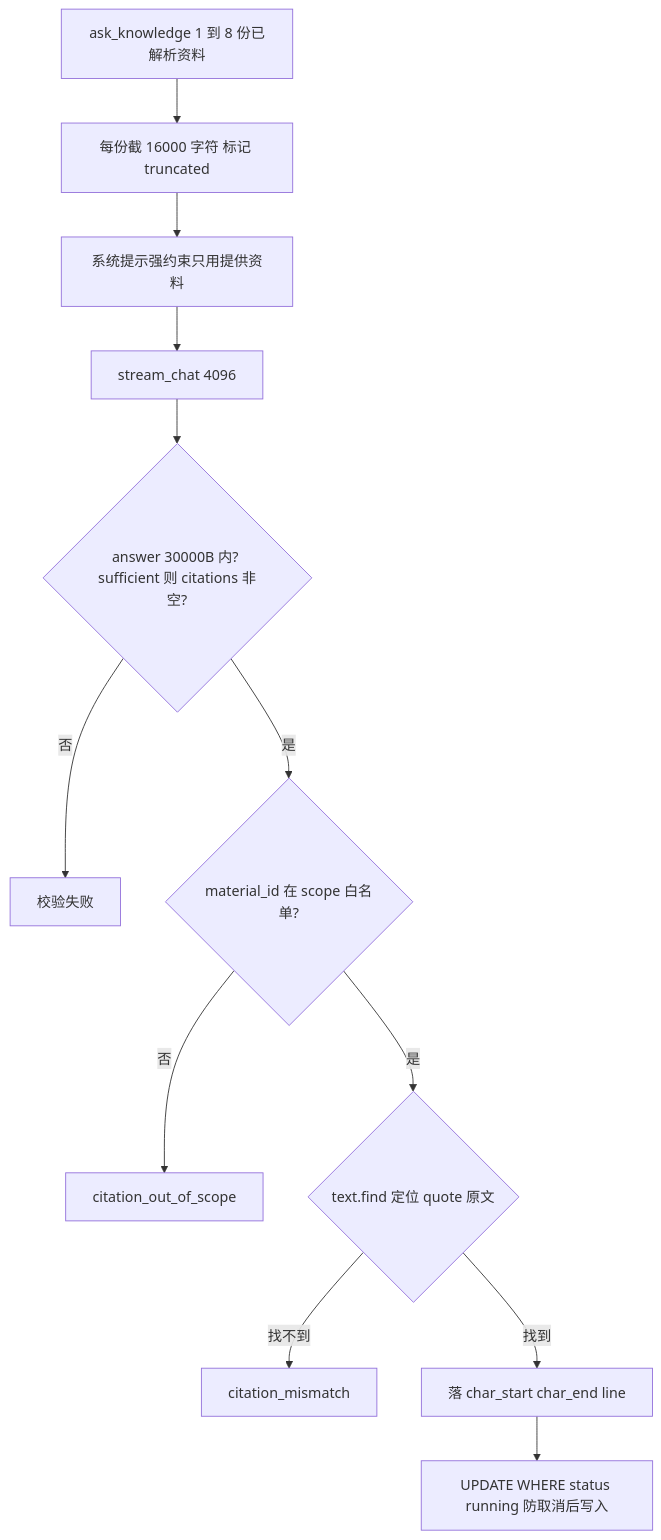
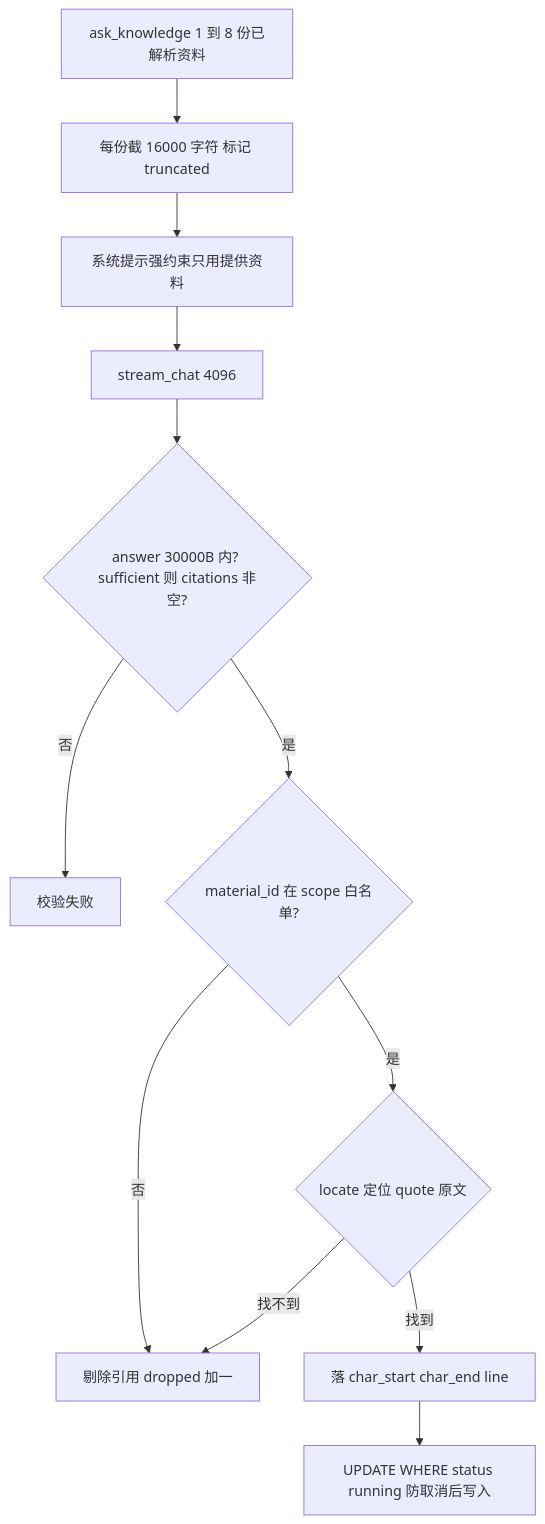
Before and after one commit to hershate/Deep-tutor: the eighth of 11 diagrams in docs/architecture/03-workflow.md, drawn with Mermaid. The commit also changed other lines of this file and 6 other files, not shown here.

````diff
--- a/docs/architecture/03-workflow.md
+++ b/docs/architecture/03-workflow.md
@@ -162,14 +163,14 @@
 ```mermaid
 flowchart TD
     A[ask_knowledge 1 到 8 份已解析资料] --> B[每份截 16000 字符 标记 truncated]
     B --> C[系统提示强约束只用提供资料]
     C --> D[stream_chat 4096]
     D --> E{answer 30000B 内? sufficient 则 citations 非空?}
     E -->|否| F[校验失败]
     E -->|是| G{material_id 在 scope 白名单?}
-    G -->|否| H[citation_out_of_scope]
-    G -->|是| I{text.find 定位 quote 原文}
-    I -->|找不到| J[citation_mismatch]
+    G -->|否| H2[剔除引用 dropped 加一]
+    G -->|是| I{locate 定位 quote 原文}
+    I -->|找不到| H2
     I -->|找到| K[落 char_start char_end line]
     K --> L[UPDATE WHERE status running 防取消后写入]
 ```
````
